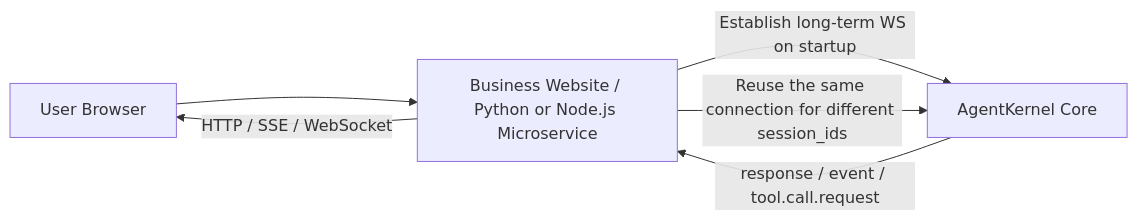
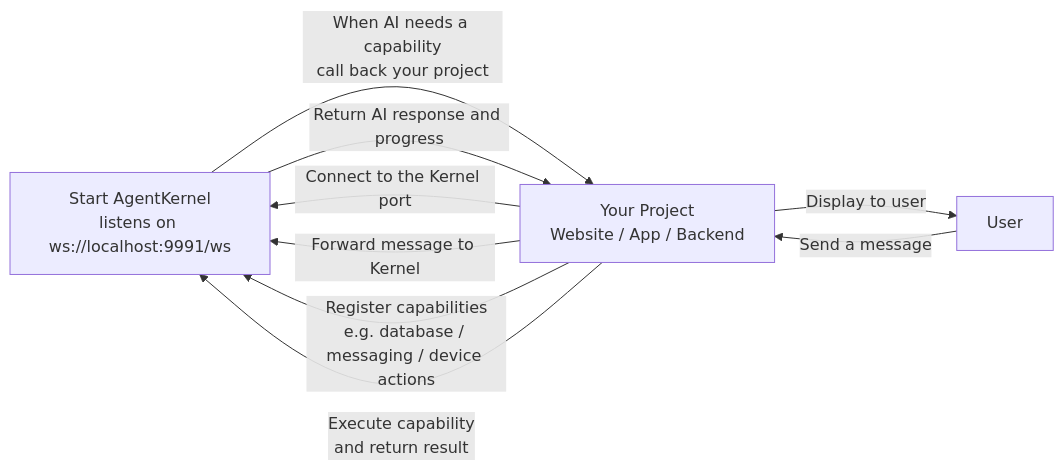
The first of 2 diagrams in README.md (yuan71058/AgentKernel), drawn with Mermaid before and after one commit. The commit also changed other lines of this file and 2 other files, not shown here.

````diff
--- a/README.md
+++ b/README.md
@@ -63,8 +62,15 @@
 ```mermaid
 flowchart LR
-    U[User Browser] --> B[Business Website / Python or Node.js Microservice]
-    B -->|Establish long-term WS on startup| K[AgentKernel Core]
-    B -->|Reuse the same connection for different session_ids| K
-    K -->|response / event / tool.call.request| B
-    B -->|HTTP / SSE / WebSocket| U
+    K[Start AgentKernel\nlistens on ws://localhost:9991/ws]
+    P[Your Project\nWebsite / App / Backend]
+    U[User]
+
+    P -->|Connect to the Kernel port| K
+    U -->|Send a message| P
+    P -->|Forward message to Kernel| K
+    P -->|Register capabilities\ne.g. database / messaging / device actions| K
+    K -->|When AI needs a capability\ncall back your project| P
+    P -->|Execute capability\nand return result| K
+    K -->|Return AI response and progress| P
+    P -->|Display to user| U
 ```
````
